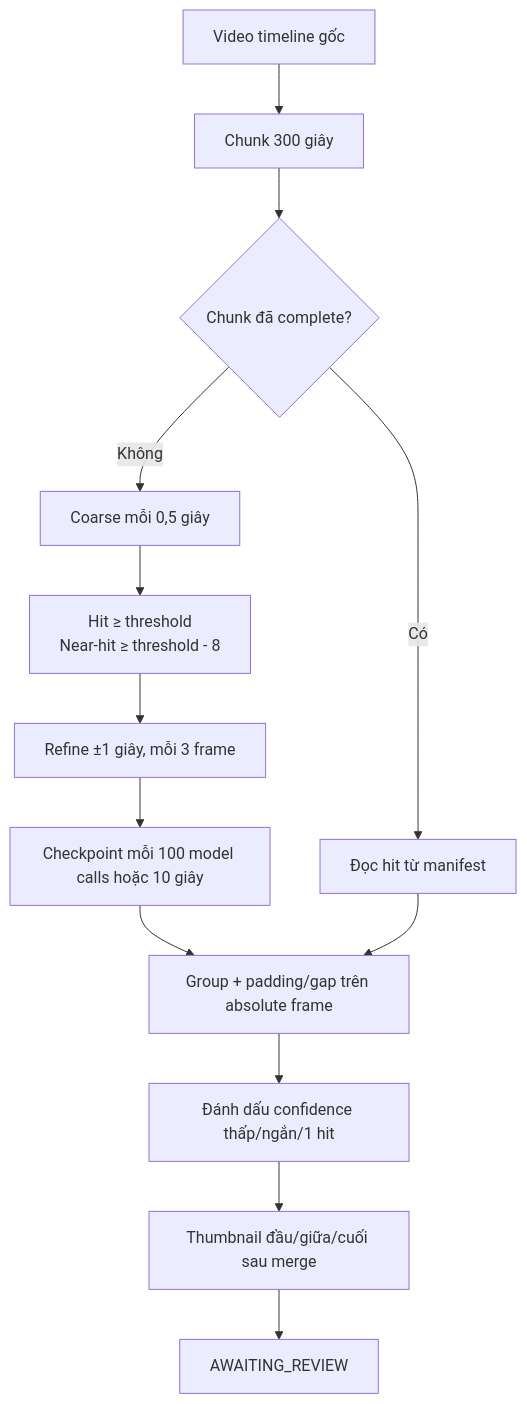
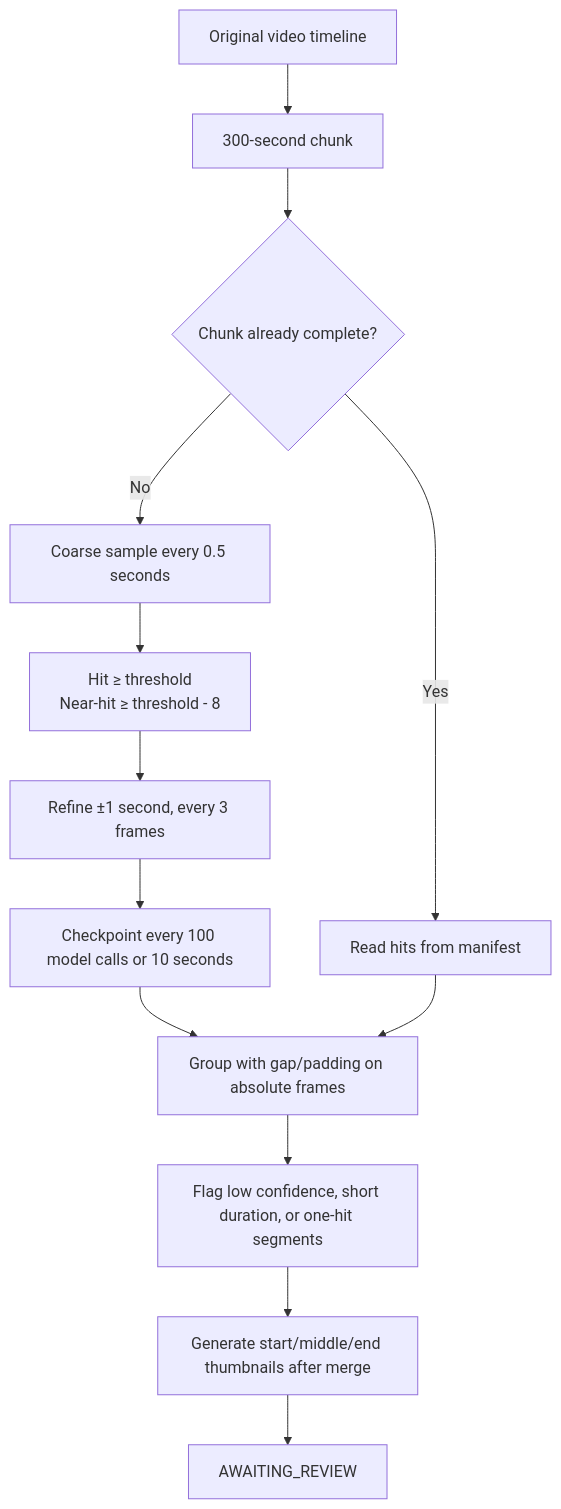
Before and after one commit to Moon2301/Rope: the fifth of 5 diagrams in .ai/FLOWS.md, drawn with Mermaid. The commit also changed other lines of this file and 5 other files, not shown here.

````diff
--- a/.ai/FLOWS.md
+++ b/.ai/FLOWS.md
@@ -155,15 +155,15 @@
 ```mermaid
 flowchart TD
-    Start["Video timeline gốc"] --> Chunk["Chunk 300 giây"]
-    Chunk --> Cache{"Chunk đã complete?"}
-    Cache -- "Có" --> Reuse["Đọc hit từ manifest"]
-    Cache -- "Không" --> Coarse["Coarse mỗi 0,5 giây"]
+    Start["Original video timeline"] --> Chunk["300-second chunk"]
+    Chunk --> Cache{"Chunk already complete?"}
+    Cache -- "Yes" --> Reuse["Read hits from manifest"]
+    Cache -- "No" --> Coarse["Coarse sample every 0.5 seconds"]
     Coarse --> Candidate["Hit ≥ threshold<br/>Near-hit ≥ threshold - 8"]
-    Candidate --> Refine["Refine ±1 giây, mỗi 3 frame"]
-    Refine --> Checkpoint["Checkpoint mỗi 100 model calls hoặc 10 giây"]
-    Checkpoint --> Merge["Group + padding/gap trên absolute frame"]
+    Candidate --> Refine["Refine ±1 second, every 3 frames"]
+    Refine --> Checkpoint["Checkpoint every 100 model calls or 10 seconds"]
+    Checkpoint --> Merge["Group with gap/padding on absolute frames"]
     Reuse --> Merge
-    Merge --> ReviewFlag["Đánh dấu confidence thấp/ngắn/1 hit"]
-    ReviewFlag --> Thumbs["Thumbnail đầu/giữa/cuối sau merge"]
+    Merge --> ReviewFlag["Flag low confidence, short duration, or one-hit segments"]
+    ReviewFlag --> Thumbs["Generate start/middle/end thumbnails after merge"]
     Thumbs --> Await["AWAITING_REVIEW"]
 ```
````
